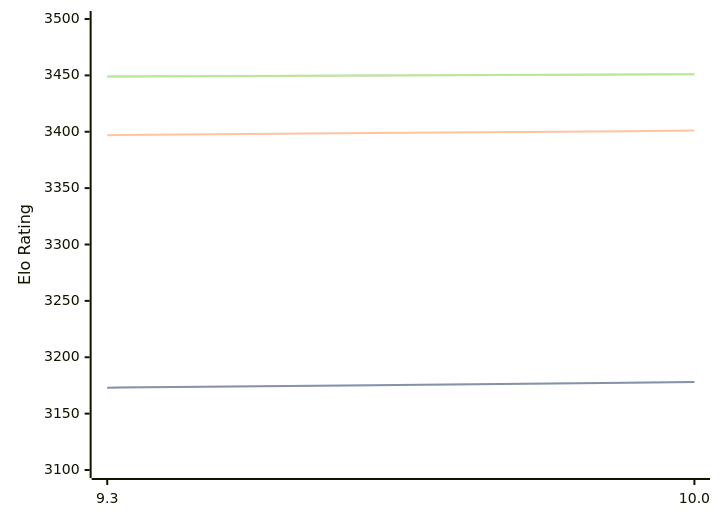
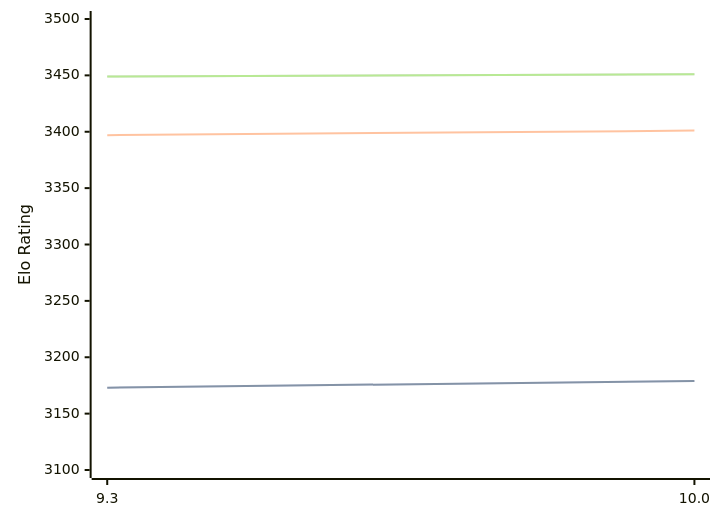
One commit to computer-chess-index/cci changed the diagram in engines/Fire.md. Above: the diagram before and after it, drawn with Mermaid. The commit also changed other lines of this file, not shown here.

Commit message:
Update CCI Ratings (ELO VLTC) - 2026-04-03

````diff
--- a/engines/Fire.md
+++ b/engines/Fire.md
@@ -47,11 +47,11 @@
 ```mermaid
 %%{init: {"theme":"base","themeVariables":{"seriesColors:['#a3a3a3','#222221','#faa371']}}}%%
 xychart-beta
   x-axis ["9.3", "10.0"]
   y-axis "Elo Rating" 3100 --> 3500
-  line "STC (8.0+0.08s)" [3173, 3178]
-  line "STC (8.0+0.08s)" [3173, 3178]
+  line "STC (8.0+0.08s)" [3173, 3179]
+  line "STC (8.0+0.08s)" [3173, 3179]
   line "LTC (60.0+0.60s)" [3397, 3401]
   line "VLTC (2m24s+1.12s)" [3449, 3451]
   line "VLTC (2m24s+1.12s)" [3449, 3451]
 ```
````
